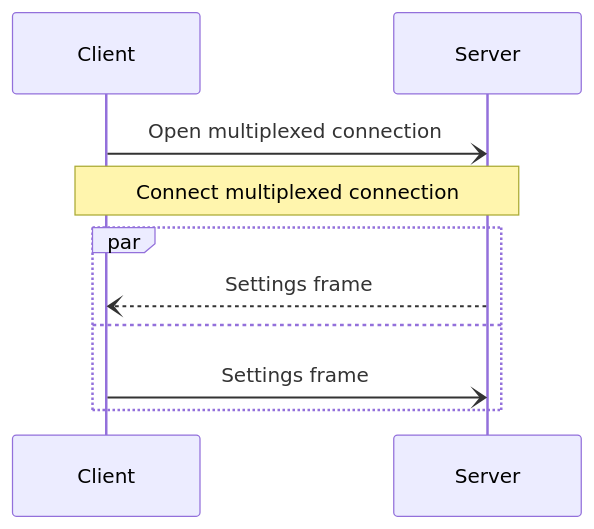
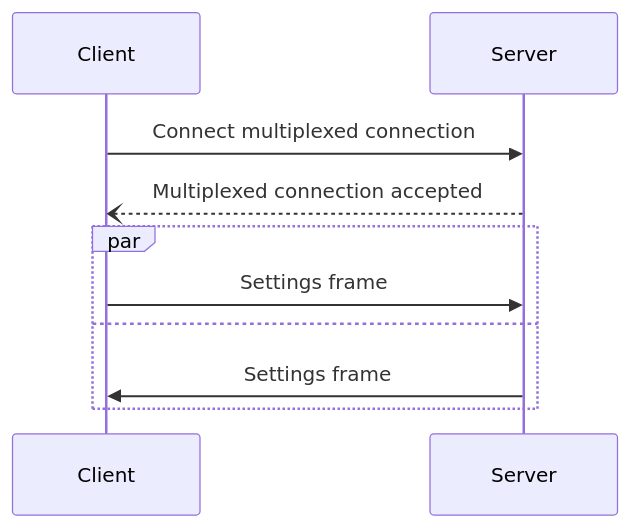
One commit to icerpc/icerpc-docs changed the diagram in pages/icerpc-core/icerpc-protocol/connection-establishment.md. Above: the diagram before and after it, drawn with Mermaid. The commit also changed other lines of this file and 5 other files, not shown here.

Commit message:
Updated diagrams to use sync arrows

````diff
--- a/pages/icerpc-core/icerpc-protocol/connection-establishment.md
+++ b/pages/icerpc-core/icerpc-protocol/connection-establishment.md
@@ -30,10 +32,10 @@
 ```mermaid
 sequenceDiagram
-    Client-)Server: Open multiplexed connection
-    Note over Client,Server: Connect multiplexed connection
+    Client->>Server: Connect multiplexed connection
+    Server--)Client: Multiplexed connection accepted
     par
-        Server--)Client: Settings frame
+        Client->>Server: Settings frame
     and
-        Client-)Server: Settings frame
+        Server->>Client: Settings frame
     end
 ```
````
